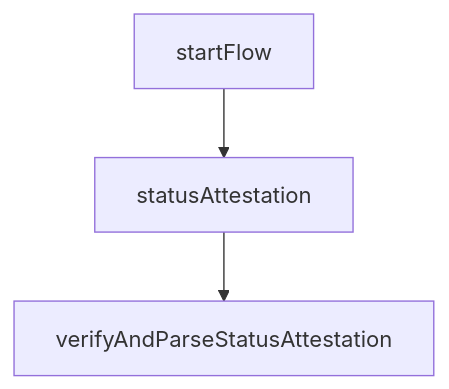
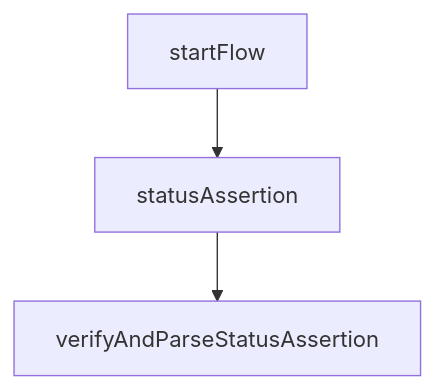
The diagram in src/credential/status/README.md (pagopa/io-react-native-wallet), drawn with Mermaid before and after one commit. The commit also changed other lines of this file, not shown here.

````diff
--- a/src/credential/status/README.md
+++ b/src/credential/status/README.md
@@ -9,9 +9,9 @@
 ```mermaid
 graph TD;
     0[startFlow]
-    1[statusAttestation]
-    2[verifyAndParseStatusAttestation]
+    1[statusAssertion]
+    2[verifyAndParseStatusAssertion]
 
     0 --> 1
     1 --> 2
 ```
````
